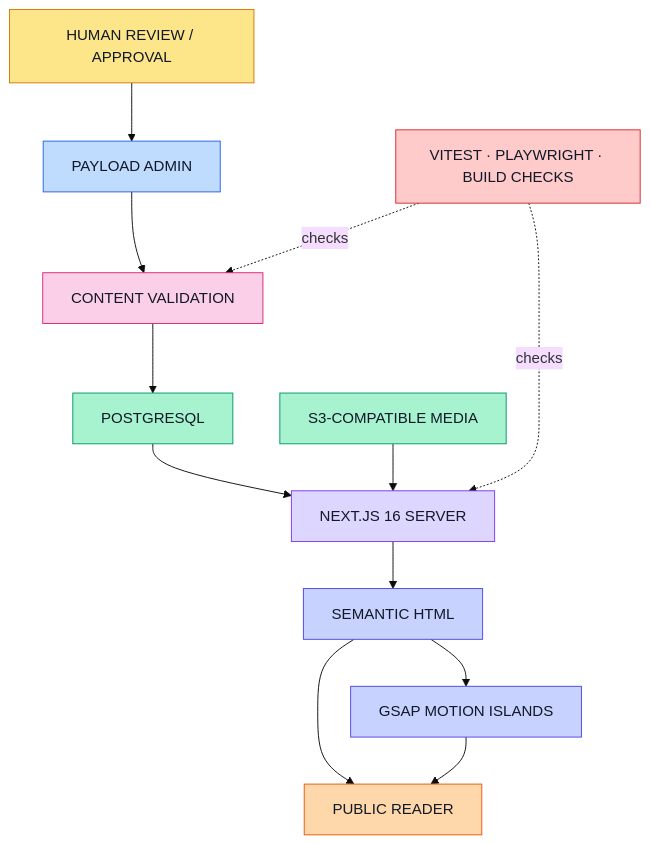
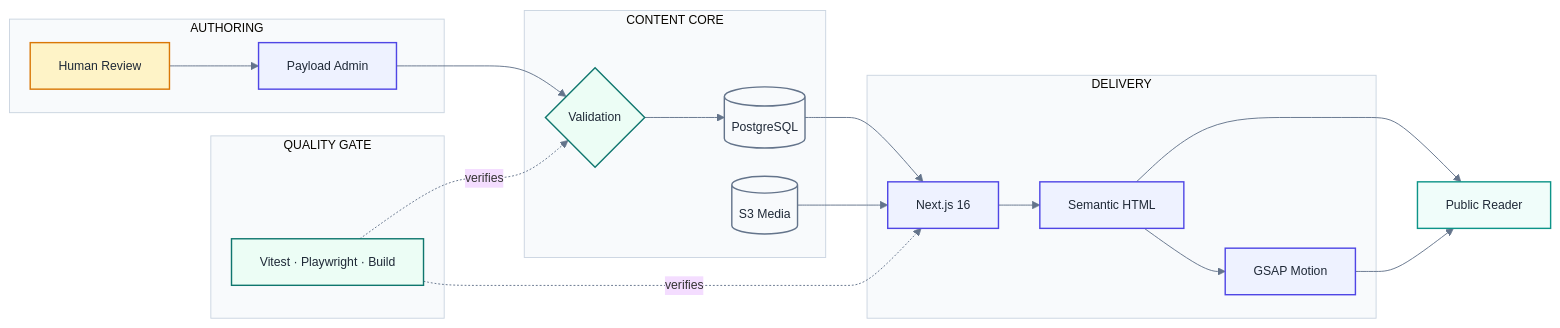
The second of 4 diagrams in README.md (drferdi/Kediri-Kings-Century), drawn with Mermaid before and after one commit. The commit also changed other lines of this file, not shown here.

Commit message:
docs(readme): refine diagrams and reduce table typography

```diff
--- a/README.md
+++ b/README.md
@@ -377,44 +381,45 @@
 ~~~mermaid
-%%{init: {'theme':'base'}}%%
-flowchart TB
-  REVIEWER["HUMAN REVIEW / APPROVAL"]
-  ADMIN["PAYLOAD ADMIN"]
-  VALIDATE["CONTENT VALIDATION"]
-  DB["POSTGRESQL"]
-  S3["S3-COMPATIBLE MEDIA"]
-  NEXT["NEXT.JS 16 SERVER"]
-  HTML["SEMANTIC HTML"]
-  MOTION["GSAP MOTION ISLANDS"]
-  READER["PUBLIC READER"]
-  VERIFY["VITEST · PLAYWRIGHT · BUILD CHECKS"]
+%%{init: {'theme':'base','flowchart':{'curve':'basis','nodeSpacing':30,'rankSpacing':44},'themeVariables':{'fontFamily':'Inter, ui-sans-serif, system-ui','fontSize':'13px','lineColor':'#64748B','clusterBkg':'#F8FAFC','clusterBorder':'#CBD5E1'}}}%%
+flowchart LR
+  subgraph AUTHOR["AUTHORING"]
+    REVIEWER["Human Review"]
+    ADMIN["Payload Admin"]
+  end
 
-  REVIEWER --> ADMIN
-  ADMIN --> VALIDATE
-  VALIDATE --> DB
-  DB --> NEXT
+  subgraph CORE["CONTENT CORE"]
+    VALIDATE{"Validation"}
+    DB[("PostgreSQL")]
+    S3[("S3 Media")]
+  end
+
+  subgraph DELIVERY["DELIVERY"]
+    NEXT["Next.js 16"]
+    HTML["Semantic HTML"]
+    MOTION["GSAP Motion"]
+  end
+
+  subgraph QA["QUALITY GATE"]
+    VERIFY["Vitest · Playwright · Build"]
+  end
+
+  READER["Public Reader"]
+
+  REVIEWER --> ADMIN --> VALIDATE --> DB --> NEXT
   S3 --> NEXT
-  NEXT --> HTML
-  HTML --> READER
-  HTML --> MOTION
-  MOTION --> READER
-  VERIFY -. checks .-> VALIDATE
-  VERIFY -. checks .-> NEXT
+  NEXT --> HTML --> READER
+  HTML --> MOTION --> READER
+  VERIFY -. verifies .-> VALIDATE
+  VERIFY -. verifies .-> NEXT
 
-  classDef human fill:#FDE68A,stroke:#D97706,color:#111827;
-  classDef admin fill:#BFDBFE,stroke:#2563EB,color:#111827;
-  classDef gate fill:#FBCFE8,stroke:#DB2777,color:#111827;
-  classDef data fill:#A7F3D0,stroke:#059669,color:#111827;
-  classDef runtime fill:#DDD6FE,stroke:#7C3AED,color:#111827;
-  classDef render fill:#C7D2FE,stroke:#4F46E5,color:#111827;
-  classDef output fill:#FED7AA,stroke:#EA580C,color:#111827;
-  classDef verify fill:#FECACA,stroke:#DC2626,color:#111827;
+  classDef human fill:#FEF3C7,stroke:#D97706,stroke-width:1.5px,color:#1F2937;
+  classDef system fill:#EEF2FF,stroke:#4F46E5,stroke-width:1.5px,color:#1F2937;
+  classDef verified fill:#ECFDF5,stroke:#0F766E,stroke-width:1.5px,color:#1F2937;
+  classDef data fill:#F8FAFC,stroke:#64748B,stroke-width:1.5px,color:#1F2937;
+  classDef public fill:#F0FDFA,stroke:#0D9488,stroke-width:1.5px,color:#1F2937;
 
   class REVIEWER human;
-  class ADMIN admin;
-  class VALIDATE gate;
+  class ADMIN,NEXT,HTML,MOTION system;
+  class VALIDATE,VERIFY verified;
   class DB,S3 data;
-  class NEXT runtime;
-  class HTML,MOTION render;
-  class READER output;
-  class VERIFY verify;
+  class READER public;
 ~~~
```
